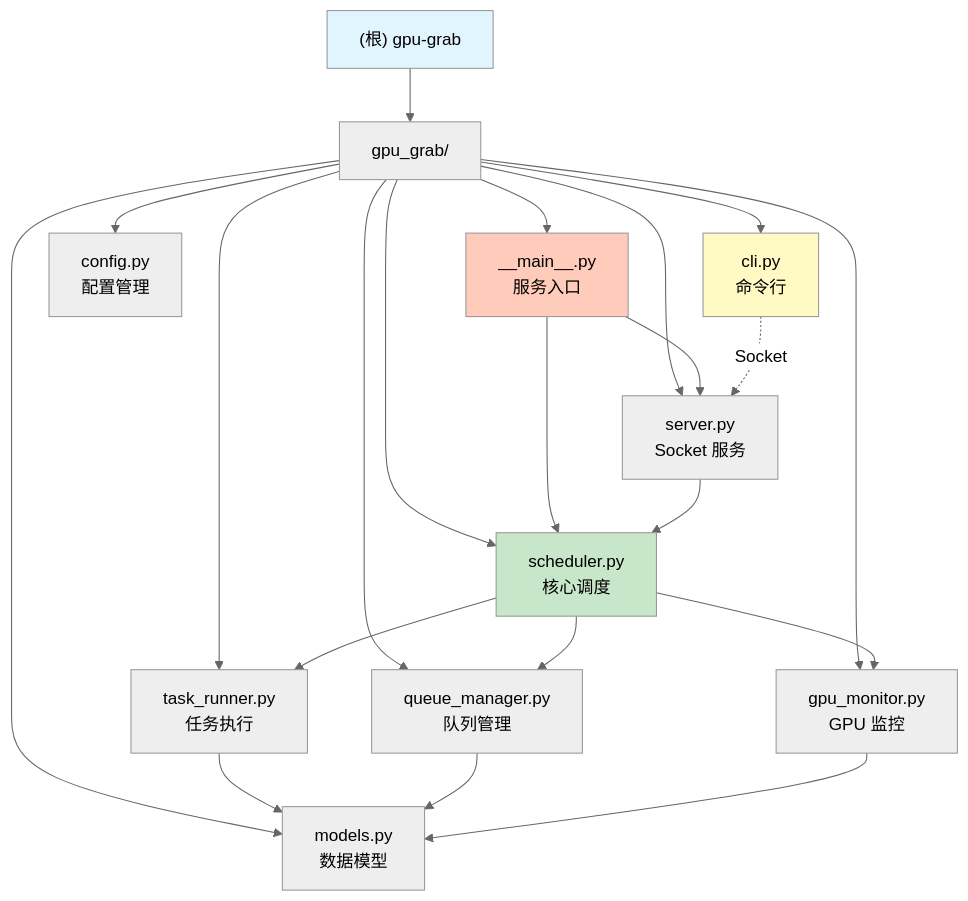
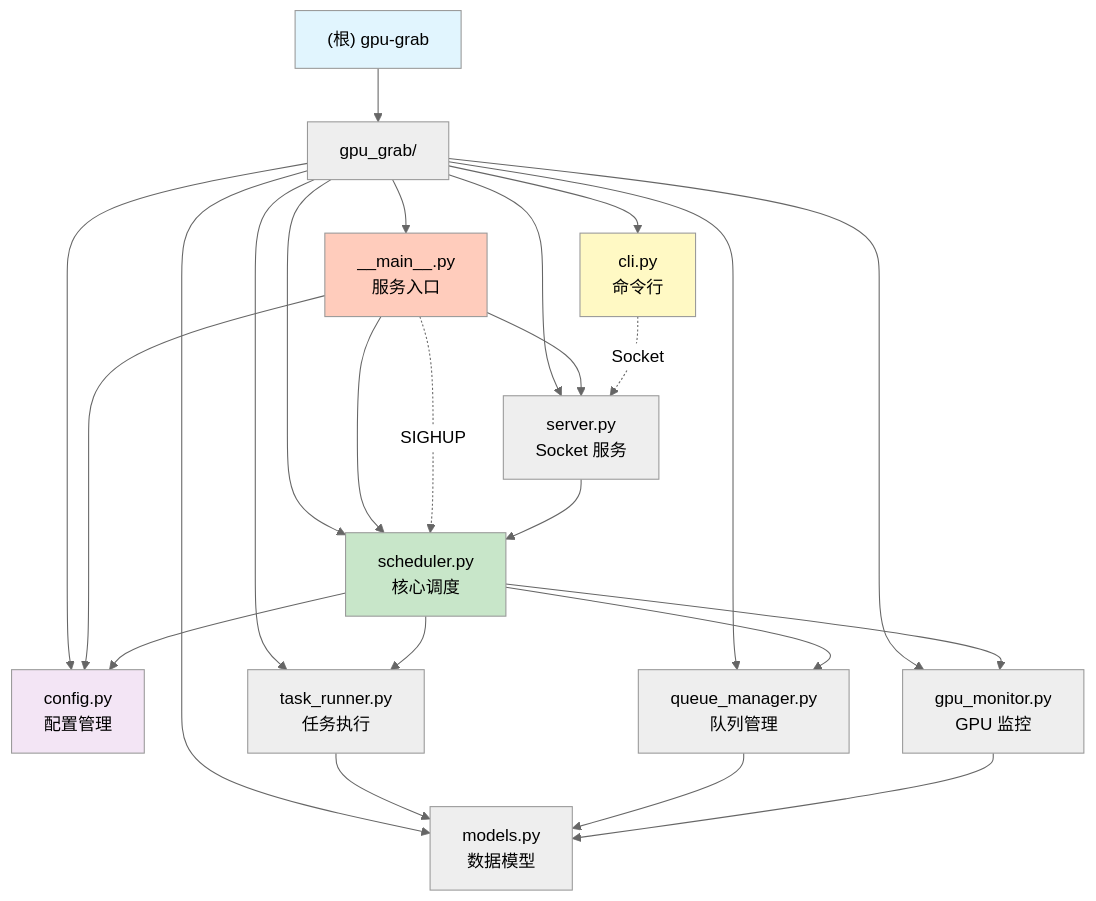
The diagram in CLAUDE.md (hjnnjh/gpu-grab), drawn with Mermaid (neutral theme) before and after one commit. The commit also changed other lines of this file and 3 other files, not shown here.

````diff
--- a/CLAUDE.md
+++ b/CLAUDE.md
@@ -68,29 +73,35 @@
 ```mermaid
 graph TD
     A["(根) gpu-grab"] --> B["gpu_grab/"]
     B --> K["__main__.py<br/>服务入口"]
     B --> C["config.py<br/>配置管理"]
     B --> D["models.py<br/>数据模型"]
     B --> E["gpu_monitor.py<br/>GPU 监控"]
     B --> F["queue_manager.py<br/>队列管理"]
     B --> G["task_runner.py<br/>任务执行"]
     B --> H["scheduler.py<br/>核心调度"]
     B --> I["server.py<br/>Socket 服务"]
     B --> J["cli.py<br/>命令行"]
 
     K --> H
     K --> I
+    K --> C
+    K -.->|SIGHUP| H
     H --> E
     H --> F
     H --> G
+    H --> C
     I --> H
     J -.->|Socket| I
     G --> D
     F --> D
     E --> D
 
     style A fill:#e1f5fe
     style K fill:#ffccbc
     style H fill:#c8e6c9
     style J fill:#fff9c4
+    style C fill:#f3e5f5
+
+    click B "./gpu_grab/CLAUDE.md" "查看 gpu_grab 模块文档"
 ```
````
